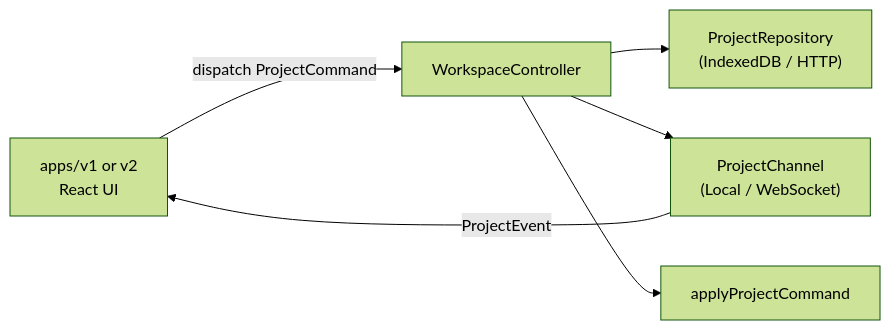
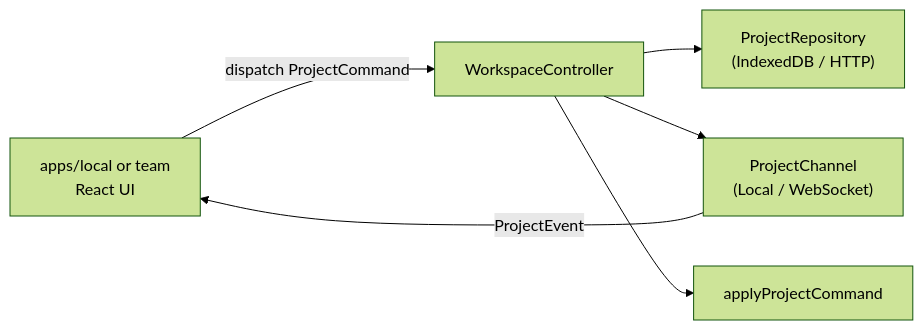
Before and after one commit to fuyuz/qarows: the first of 6 diagrams in docs/architecture.md, drawn with Mermaid (forest theme). The commit also changed other lines of this file and 235 other files, not shown here.

First line of the commit message:
Add Team bug attachments (R2) and rename v1/v2 to local/team.

````diff
--- a/docs/architecture.md
+++ b/docs/architecture.md
@@ -24,14 +24,14 @@
 ```mermaid
 flowchart LR
-  UI["apps/v1 or v2<br/>React UI"]
+  UI["apps/local or team<br/>React UI"]
   Ctrl["WorkspaceController"]
   Repo["ProjectRepository<br/>(IndexedDB / HTTP)"]
   Chan["ProjectChannel<br/>(Local / WebSocket)"]
   Apply["applyProjectCommand"]
 
   UI -->|dispatch ProjectCommand| Ctrl
   Ctrl --> Repo
   Ctrl --> Chan
   Ctrl --> Apply
   Chan -->|ProjectEvent| UI
 ```
````
